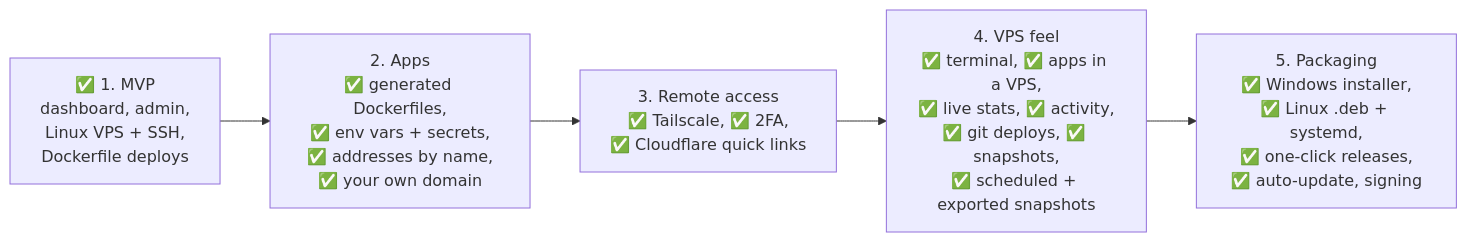
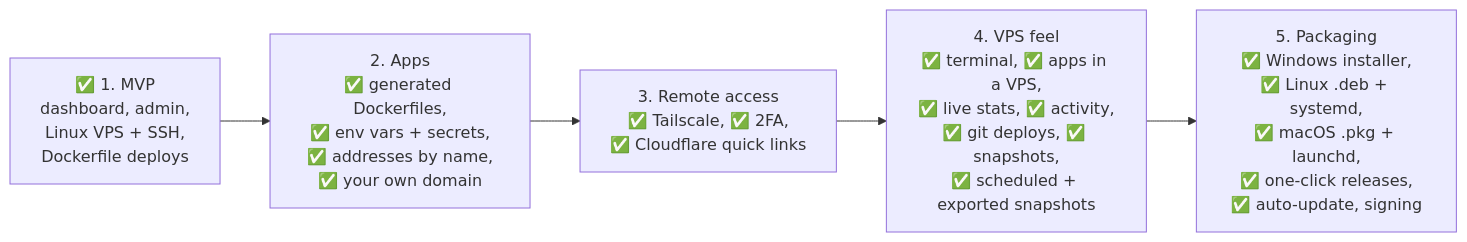
Before and after one commit to AbrarDW/lps: diagram 11 of 11 in README.md, drawn with Mermaid. The commit also changed other lines of this file and 17 other files, not shown here.

First line of the commit message:
Add a macOS .pkg installer with a launchd agent

````diff
--- a/README.md
+++ b/README.md
@@ -545,9 +576,9 @@
 ```mermaid
 flowchart LR
     m1["✅ 1. MVP<br/>dashboard, admin,<br/>Linux VPS + SSH,<br/>Dockerfile deploys"]
     m2["2. Apps<br/>✅ generated Dockerfiles,<br/>✅ env vars + secrets,<br/>✅ addresses by name,<br/>✅ your own domain"]
     m3["3. Remote access<br/>✅ Tailscale, ✅ 2FA,<br/>✅ Cloudflare quick links"]
     m4["4. VPS feel<br/>✅ terminal, ✅ apps in a VPS,<br/>✅ live stats, ✅ activity,<br/>✅ git deploys, ✅ snapshots,<br/>✅ scheduled + exported snapshots"]
-    m5["5. Packaging<br/>✅ Windows installer,<br/>✅ Linux .deb + systemd,<br/>✅ one-click releases,<br/>✅ auto-update, signing"]
+    m5["5. Packaging<br/>✅ Windows installer,<br/>✅ Linux .deb + systemd,<br/>✅ macOS .pkg + launchd,<br/>✅ one-click releases,<br/>✅ auto-update, signing"]
     m1 --> m2 --> m3 --> m4 --> m5
 ```
````
